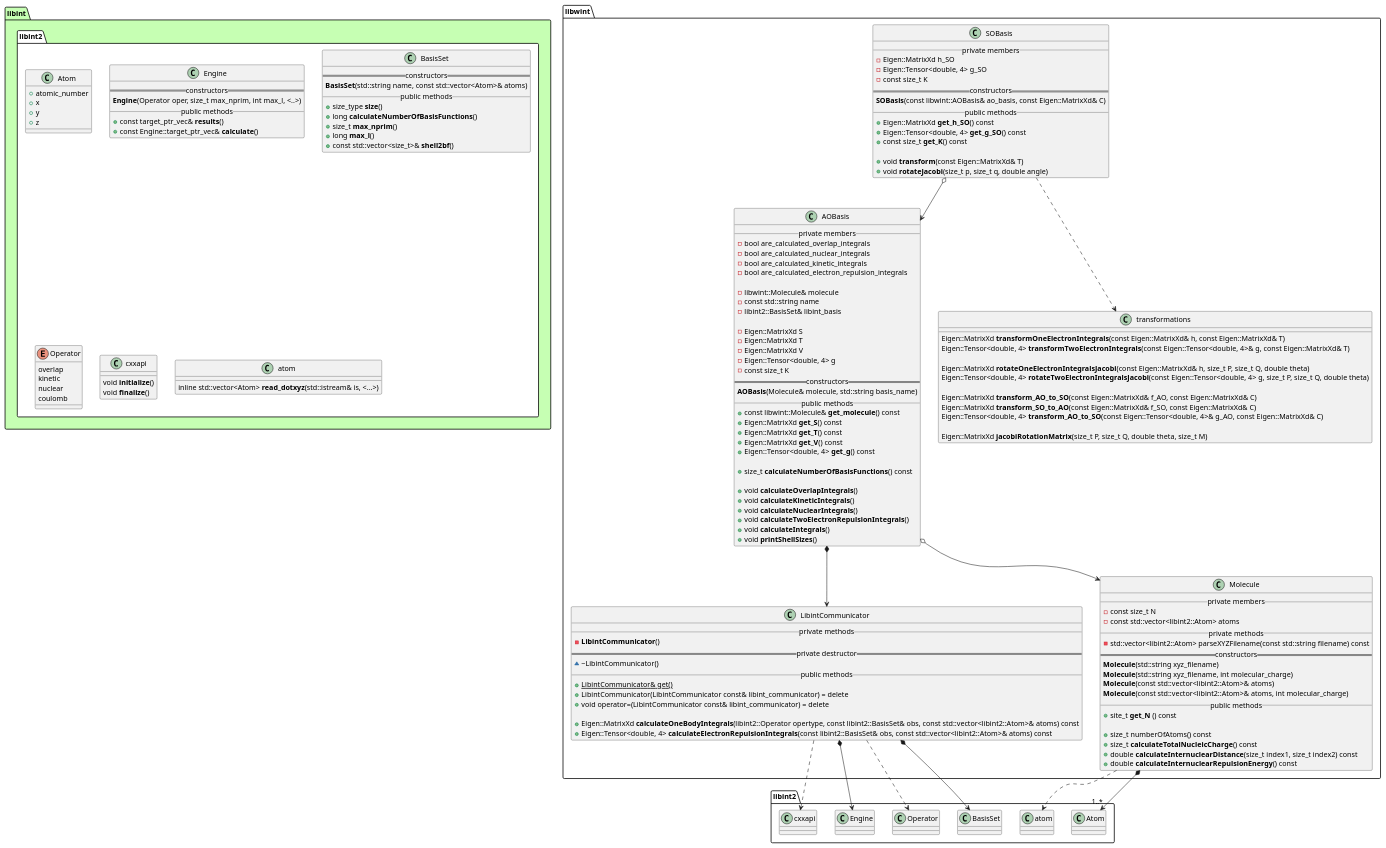
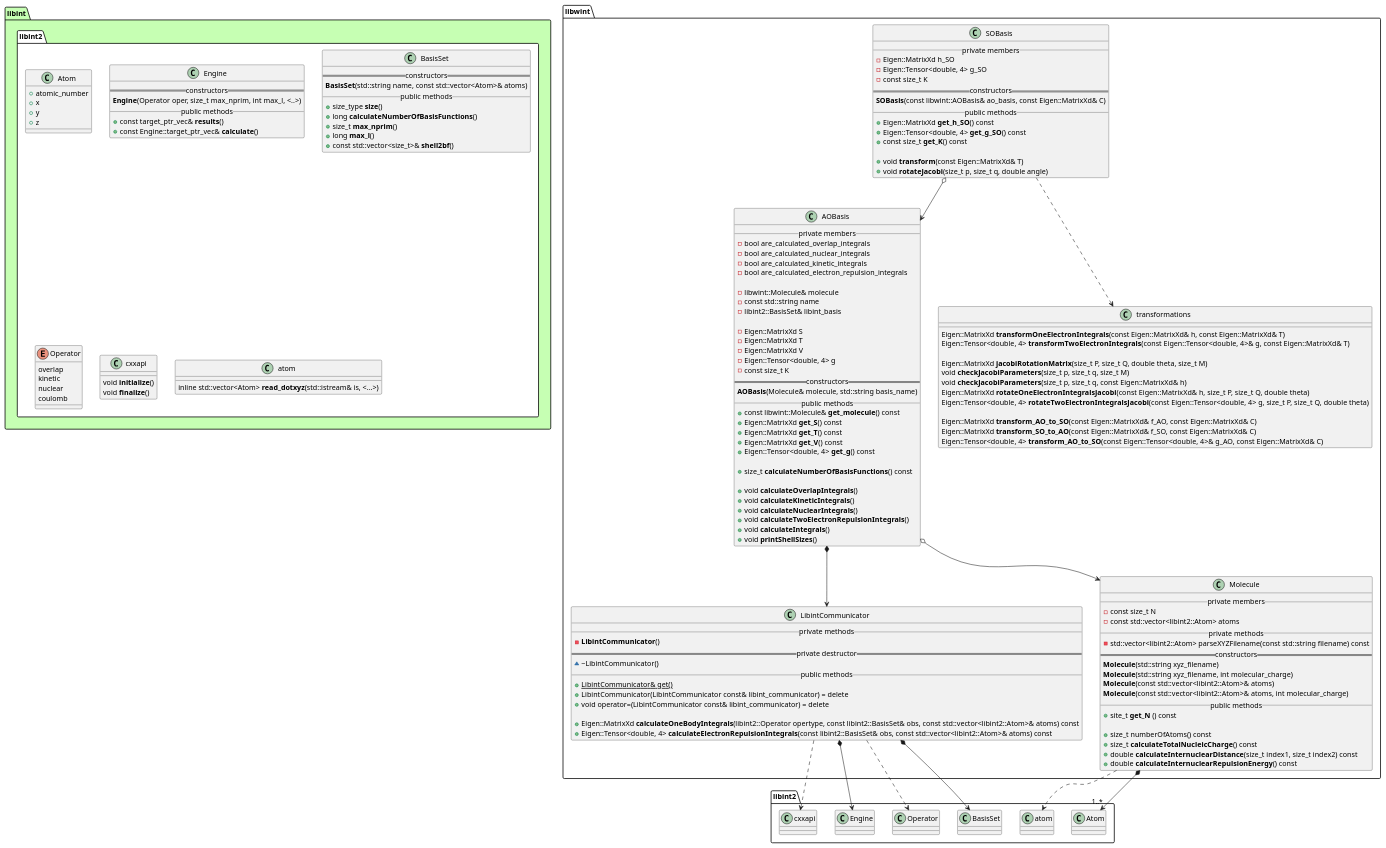
The diagram in docs/libwint.puml (tmhuysen/libwint), drawn with PlantUML before and after one commit. The commit also changed 2 other files, not shown here.

Commit message:
Implement checkJacobiParameters.

```diff
--- a/docs/libwint.puml
+++ b/docs/libwint.puml
@@ -1,178 +1,180 @@
 @startuml
 
 
 
 package libint #c6ffb3 {
     namespace libint2 #ffffff {
         class Atom {
             + atomic_number
             + x
             + y
             + z
         }
 
         class Engine {
             == constructors ==
                 **Engine**(Operator oper, size_t max_nprim, int max_l, <..>)
             __ public methods __
                 + const target_ptr_vec& **results**()
                 + const Engine::target_ptr_vec& **calculate**()
         }
 
         class BasisSet {
             == constructors ==
                 **BasisSet**(std::string name, const std::vector<Atom>& atoms)
             __ public methods __
                 + size_type **size**()
                 + long **calculateNumberOfBasisFunctions**()
                 + size_t **max_nprim**()
                 + long **max_l**()
                 + const std::vector<size_t>& **shell2bf**()
         }
 
         enum Operator {
             overlap
             kinetic
             nuclear
             coulomb
         }
 
         class cxxapi {
                 void **initialize**()
                 void **finalize**()
         }
 
         class atom {
             inline std::vector<Atom> **read_dotxyz**(std::istream& is, <...>)
         }
     }
 }
 
 
 
 
 namespace libwint {
 
     class AOBasis {
         __ private members __
             - bool are_calculated_overlap_integrals
             - bool are_calculated_nuclear_integrals
             - bool are_calculated_kinetic_integrals
             - bool are_calculated_electron_repulsion_integrals
 
             - libwint::Molecule& molecule
             - const std::string name
             - libint2::BasisSet& libint_basis
 
             - Eigen::MatrixXd S
             - Eigen::MatrixXd T
             - Eigen::MatrixXd V
             - Eigen::Tensor<double, 4> g
             - const size_t K
         == constructors ==
             **AOBasis**(Molecule& molecule, std::string basis_name)
         __ public methods __
             + const libwint::Molecule& **get_molecule**() const
             + Eigen::MatrixXd **get_S**() const
             + Eigen::MatrixXd **get_T**() const
             + Eigen::MatrixXd **get_V**() const
             + Eigen::Tensor<double, 4> **get_g**() const
 
             + size_t **calculateNumberOfBasisFunctions**() const
 
             + void **calculateOverlapIntegrals**()
             + void **calculateKineticIntegrals**()
             + void **calculateNuclearIntegrals**()
             + void **calculateTwoElectronRepulsionIntegrals**()
             + void **calculateIntegrals**()
             + void **printShellSizes**()
     }
 
 
     class SOBasis {
         __ private members __
             - Eigen::MatrixXd h_SO
             - Eigen::Tensor<double, 4> g_SO
             - const size_t K
         == constructors ==
             **SOBasis**(const libwint::AOBasis& ao_basis, const Eigen::MatrixXd& C)
         __ public methods __
             + Eigen::MatrixXd **get_h_SO**() const
             + Eigen::Tensor<double, 4> **get_g_SO**() const
             + const size_t **get_K**() const
 
             + void **transform**(const Eigen::MatrixXd& T)
             + void **rotateJacobi**(size_t p, size_t q, double angle)
     }
 
 
     class transformations {
             Eigen::MatrixXd **transformOneElectronIntegrals**(const Eigen::MatrixXd& h, const Eigen::MatrixXd& T)
             Eigen::Tensor<double, 4> **transformTwoElectronIntegrals**(const Eigen::Tensor<double, 4>& g, const Eigen::MatrixXd& T)
 
+            Eigen::MatrixXd **jacobiRotationMatrix**(size_t P, size_t Q, double theta, size_t M)
+            void **checkJacobiParameters**(size_t p, size_t q, size_t M)
+            void **checkJacobiParameters**(size_t p, size_t q, const Eigen::MatrixXd& h)
             Eigen::MatrixXd **rotateOneElectronIntegralsJacobi**(const Eigen::MatrixXd& h, size_t P, size_t Q, double theta)
             Eigen::Tensor<double, 4> **rotateTwoElectronIntegralsJacobi**(const Eigen::Tensor<double, 4> g, size_t P, size_t Q, double theta)
 
             Eigen::MatrixXd **transform_AO_to_SO**(const Eigen::MatrixXd& f_AO, const Eigen::MatrixXd& C)
             Eigen::MatrixXd **transform_SO_to_AO**(const Eigen::MatrixXd& f_SO, const Eigen::MatrixXd& C)
             Eigen::Tensor<double, 4> **transform_AO_to_SO**(const Eigen::Tensor<double, 4>& g_AO, const Eigen::MatrixXd& C)
 
-            Eigen::MatrixXd **jacobiRotationMatrix**(size_t P, size_t Q, double theta, size_t M)
     }
 
 
     class LibintCommunicator {
         __ private methods __
             - **LibintCommunicator**()
         == private destructor ==
             ~ ~LibintCommunicator()
         __ public methods __
             + {static} LibintCommunicator& get()
             + LibintCommunicator(LibintCommunicator const& libint_communicator) = delete
             + void operator=(LibintCommunicator const& libint_communicator) = delete
 
             + Eigen::MatrixXd **calculateOneBodyIntegrals**(libint2::Operator opertype, const libint2::BasisSet& obs, const std::vector<libint2::Atom>& atoms) const
             + Eigen::Tensor<double, 4> **calculateElectronRepulsionIntegrals**(const libint2::BasisSet& obs, const std::vector<libint2::Atom>& atoms) const
     }
 
 
     class Molecule {
         __ private members __
             - const size_t N
             - const std::vector<libint2::Atom> atoms
         __ private methods __
             - std::vector<libint2::Atom> parseXYZFilename(const std::string filename) const
         == constructors ==
             **Molecule**(std::string xyz_filename)
             **Molecule**(std::string xyz_filename, int molecular_charge)
             **Molecule**(const std::vector<libint2::Atom>& atoms)
             **Molecule**(const std::vector<libint2::Atom>& atoms, int molecular_charge)
         __ public methods __
             + site_t **get_N** () const
 
             + size_t numberOfAtoms() const
             + size_t **calculateTotalNucleicCharge**() const
             + double **calculateInternuclearDistance**(size_t index1, size_t index2) const
             + double **calculateInternuclearRepulsionEnergy**() const
     }
 
 }
 
 
 
 libwint.AOBasis o--> libwint.Molecule
 libwint.AOBasis *--> libwint.LibintCommunicator
 
 libwint.LibintCommunicator *--> libint2.BasisSet
 libwint.LibintCommunicator ..> libint2.Operator
 libwint.LibintCommunicator *--> libint2.Engine
 libwint.LibintCommunicator ..> libint2.cxxapi
 
 libwint.Molecule *--> "1..*" libint2.Atom
 libwint.Molecule ..> libint2.atom
 
 libwint.SOBasis ..> libwint.transformations
 libwint.SOBasis o--> libwint.AOBasis
 
 
 @enduml
```
